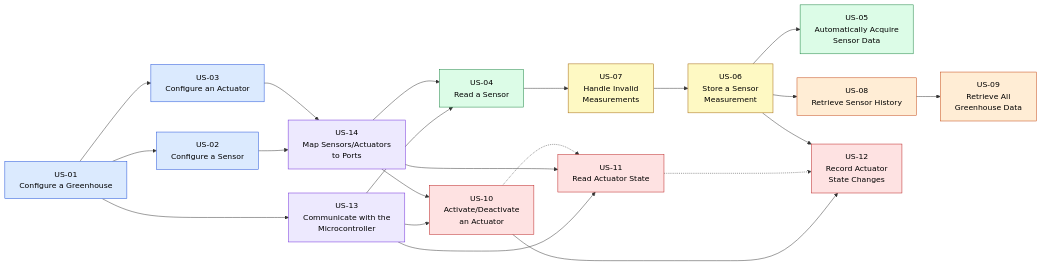
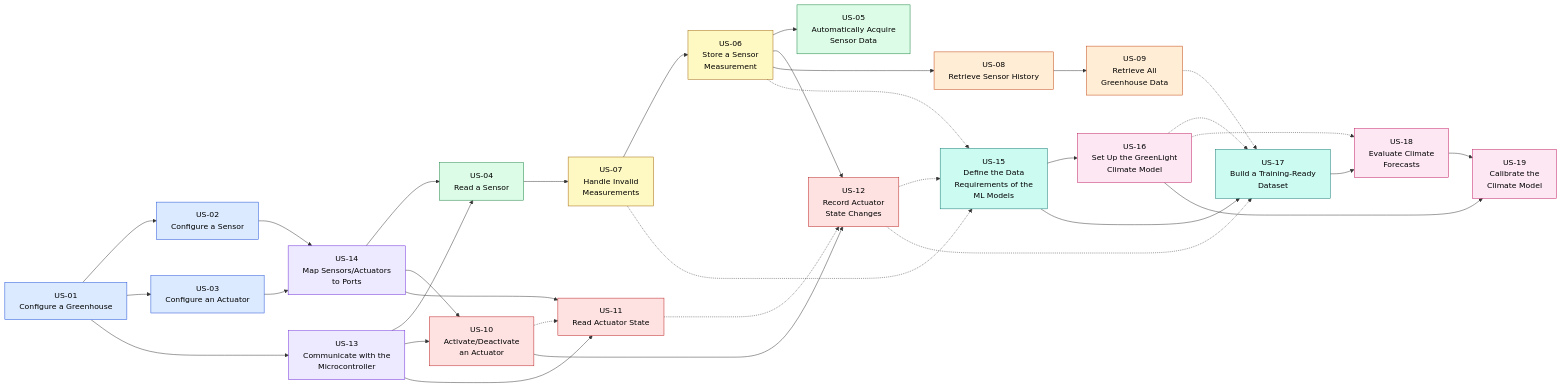
One commit to SmartGreenPolito/SmartGreenPolito changed the diagram in docs/backlog/user-story-dependencies.md. Above: the diagram before and after it, drawn with Mermaid. The commit also changed other lines of this file and 1 other file, not shown here.

````diff
--- a/docs/backlog/user-story-dependencies.md
+++ b/docs/backlog/user-story-dependencies.md
@@ -32,6 +34,15 @@
     US11["US-11<br/>Read Actuator State"]
     US12["US-12<br/>Record Actuator<br/>State Changes"]
 
+    %% Epic 7 — ML Data Pipeline
+    US15["US-15<br/>Define the Data<br/>Requirements of the<br/>ML Models"]
+    US17["US-17<br/>Build a Training-Ready<br/>Dataset"]
+
+    %% Epic 8 — Greenhouse Climate Model
+    US16["US-16<br/>Set Up the GreenLight<br/>Climate Model"]
+    US18["US-18<br/>Evaluate Climate<br/>Forecasts"]
+    US19["US-19<br/>Calibrate the<br/>Climate Model"]
+
     US01 --> US02
     US01 --> US03
     US01 --> US13
@@ -56,12 +67,27 @@
     US06 --> US08
     US08 --> US09
 
+    US06 -.-> US15
+    US07 -.-> US15
+    US12 -.-> US15
+    US15 --> US16
+    US15 --> US17
+    US16 -.-> US17
+    US09 -.-> US17
+    US12 -.-> US17
+    US17 --> US18
+    US16 -.-> US18
+    US16 --> US19
+    US18 --> US19
+
     classDef config fill:#dbeafe,stroke:#1d4ed8,color:#000
     classDef mcu fill:#ede9fe,stroke:#6d28d9,color:#000
     classDef acq fill:#dcfce7,stroke:#15803d,color:#000
     classDef data fill:#fef9c3,stroke:#a16207,color:#000
     classDef retr fill:#ffedd5,stroke:#c2410c,color:#000
     classDef act fill:#fee2e2,stroke:#b91c1c,color:#000
+    classDef mldata fill:#ccfbf1,stroke:#0f766e,color:#000
+    classDef climate fill:#fce7f3,stroke:#be185d,color:#000
 
     class US01,US02,US03 config
     class US13,US14 mcu
@@ -69,4 +95,6 @@
     class US06,US07 data
     class US08,US09 retr
     class US10,US11,US12 act
+    class US15,US17 mldata
+    class US16,US18,US19 climate
 ```
````
